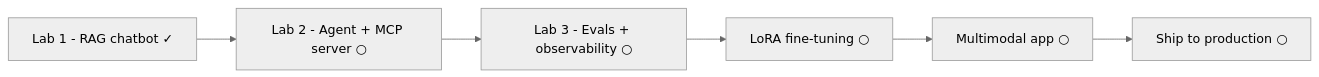
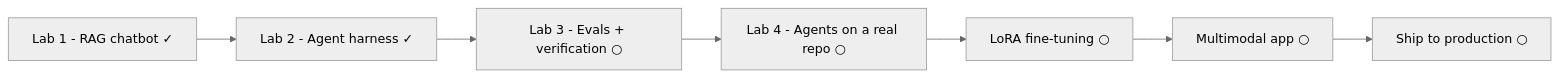
The diagram in content/en/hands-on/_index.md (namphuongtran/ai-vault), drawn with Mermaid (neutral theme) before and after one commit. The commit also changed other lines of this file and 36 other files, not shown here.

First line of the commit message:
Add Lab 2 — Build your own agent harness; roadmap four layers (EN + VI) (#63)

````diff
--- a/content/en/hands-on/_index.md
+++ b/content/en/hands-on/_index.md
@@ -21,5 +21,6 @@
 ```mermaid
 flowchart LR
-    L1[Lab 1 - RAG chatbot ✓] --> L2[Lab 2 - Agent + MCP server ○] --> L3[Lab 3 - Evals + observability ○]
-    L3 --> L4[LoRA fine-tuning ○] --> L5[Multimodal app ○] --> L6[Ship to production ○]
+    L1[Lab 1 - RAG chatbot ✓] --> L2[Lab 2 - Agent harness ✓] --> L3[Lab 3 - Evals + verification ○]
+    L3 --> L4[Lab 4 - Agents on a real repo ○] --> L5[LoRA fine-tuning ○]
+    L5 --> L6[Multimodal app ○] --> L7[Ship to production ○]
 ```
````
